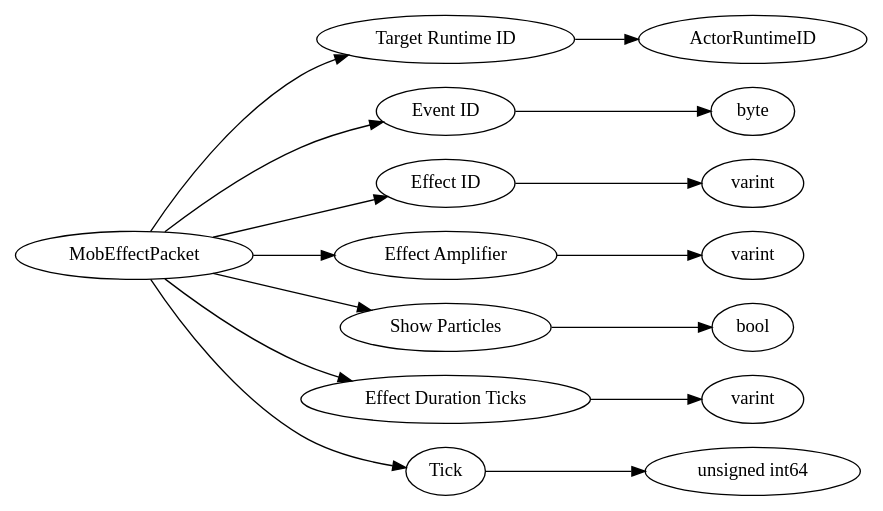
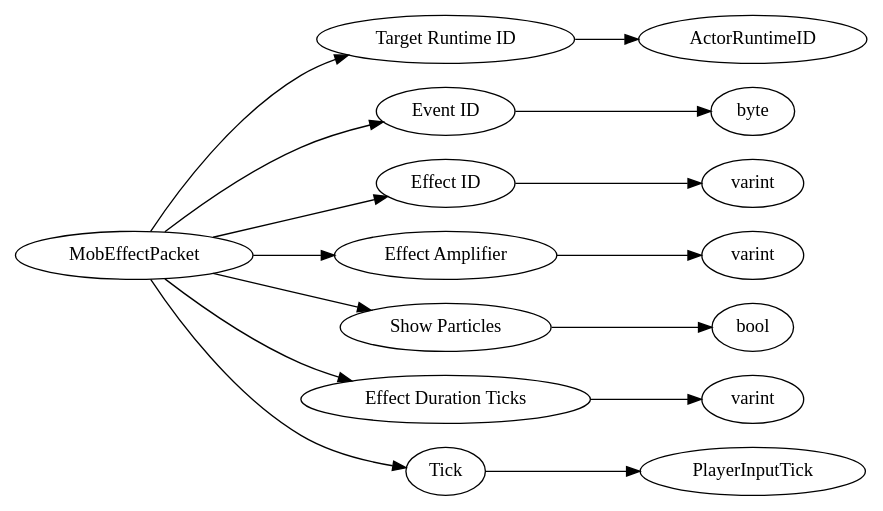
The diagram in assets/protocols/dot/MobEffectPacket.dot (MiemieMethod/bedrock-docs-generator), drawn with Graphviz before and after one commit. The commit also changed 286 other files, not shown here.

```diff
--- a/assets/protocols/dot/MobEffectPacket.dot
+++ b/assets/protocols/dot/MobEffectPacket.dot
@@ -1,36 +1,36 @@
 digraph "MobEffectPacket" {
 rankdir = LR
 0
 0 -> 1
 1 -> 2
 0 -> 3
 3 -> 4
 0 -> 5
 5 -> 6
 0 -> 7
 7 -> 8
 0 -> 9
 9 -> 10
 0 -> 11
 11 -> 12
 0 -> 13
 13 -> 14
 
 0 [label="MobEffectPacket",comment="name: \"MobEffectPacket\", typeName: \"\", id: 0, branchId: 28, recurseId: -1, attributes: 0, notes: \"\""];
 1 [label="Target Runtime ID",comment="name: \"Target Runtime ID\", typeName: \"ActorRuntimeID\", id: 1, branchId: 0, recurseId: -1, attributes: 256, notes: \"\""];
 2 [label="ActorRuntimeID",comment="name: \"ActorRuntimeID\", typeName: \"\", id: 2, branchId: 0, recurseId: -1, attributes: 512, notes: \"\""];
 3 [label="Event ID",comment="name: \"Event ID\", typeName: \"\", id: 3, branchId: 0, recurseId: -1, attributes: 0, notes: \"\""];
 4 [label="byte",comment="name: \"byte\", typeName: \"\", id: 4, branchId: 0, recurseId: -1, attributes: 512, notes: \"\""];
 5 [label="Effect ID",comment="name: \"Effect ID\", typeName: \"\", id: 5, branchId: 0, recurseId: -1, attributes: 0, notes: \"\""];
 6 [label="varint",comment="name: \"varint\", typeName: \"\", id: 6, branchId: 0, recurseId: -1, attributes: 512, notes: \"\""];
 7 [label="Effect Amplifier",comment="name: \"Effect Amplifier\", typeName: \"\", id: 7, branchId: 0, recurseId: -1, attributes: 0, notes: \"\""];
 8 [label="varint",comment="name: \"varint\", typeName: \"\", id: 8, branchId: 0, recurseId: -1, attributes: 512, notes: \"\""];
 9 [label="Show Particles",comment="name: \"Show Particles\", typeName: \"\", id: 9, branchId: 0, recurseId: -1, attributes: 0, notes: \"\""];
 10 [label="bool",comment="name: \"bool\", typeName: \"\", id: 10, branchId: 0, recurseId: -1, attributes: 512, notes: \"\""];
 11 [label="Effect Duration Ticks",comment="name: \"Effect Duration Ticks\", typeName: \"\", id: 11, branchId: 0, recurseId: -1, attributes: 0, notes: \"\""];
 12 [label="varint",comment="name: \"varint\", typeName: \"\", id: 12, branchId: 0, recurseId: -1, attributes: 512, notes: \"\""];
-13 [label="Tick",comment="name: \"Tick\", typeName: \"\", id: 13, branchId: 0, recurseId: -1, attributes: 0, notes: \"\""];
-14 [label="unsigned int64",comment="name: \"unsigned int64\", typeName: \"\", id: 14, branchId: 0, recurseId: -1, attributes: 512, notes: \"\""];
+13 [label="Tick",comment="name: \"Tick\", typeName: \"PlayerInputTick\", id: 13, branchId: 0, recurseId: -1, attributes: 256, notes: \"If this packet is referring to the player or a client predicted vehicle they are in control of, this should be the most recently processed PlayerInputTick from their PlayerAuthInputPacket. Otherwise zero.\""];
+14 [label="PlayerInputTick",comment="name: \"PlayerInputTick\", typeName: \"\", id: 14, branchId: 0, recurseId: -1, attributes: 512, notes: \"\""];
 { rank = max;2;4;6;8;10;12;14}
 
 }
```
